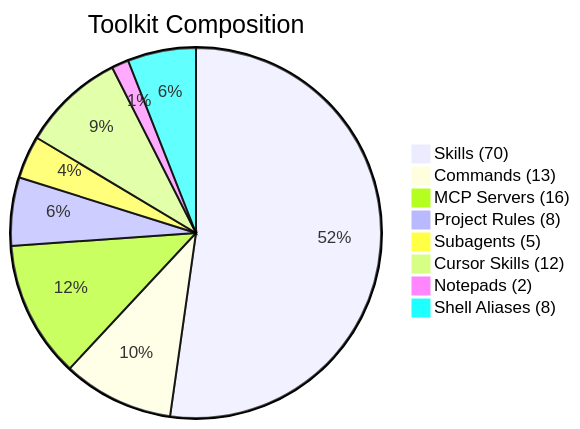
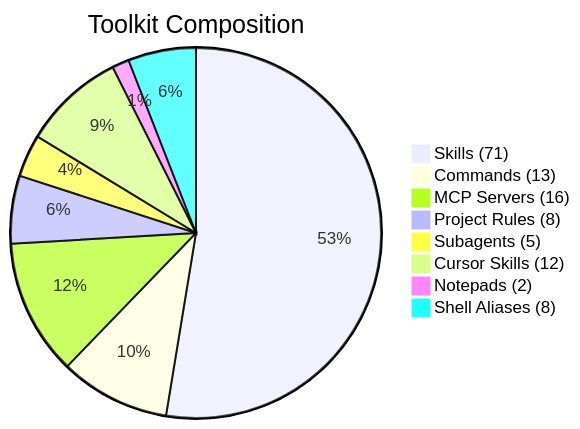
One commit to kensaurus/cursor-kenji changed the second of 12 diagrams in README.md. Above: the diagram before and after it, drawn with Mermaid. The commit also changed other lines of this file and 9 other files, not shown here.

````diff
--- a/README.md
+++ b/README.md
@@ -175,11 +176,11 @@
 ```mermaid
 pie title Toolkit Composition
-    "Skills (70)" : 70
+    "Skills (71)" : 71
     "Commands (13)" : 13
     "MCP Servers (16)" : 16
     "Project Rules (8)" : 8
     "Subagents (5)" : 5
     "Cursor Skills (12)" : 12
     "Notepads (2)" : 2
     "Shell Aliases (8)" : 8
 ```
````
